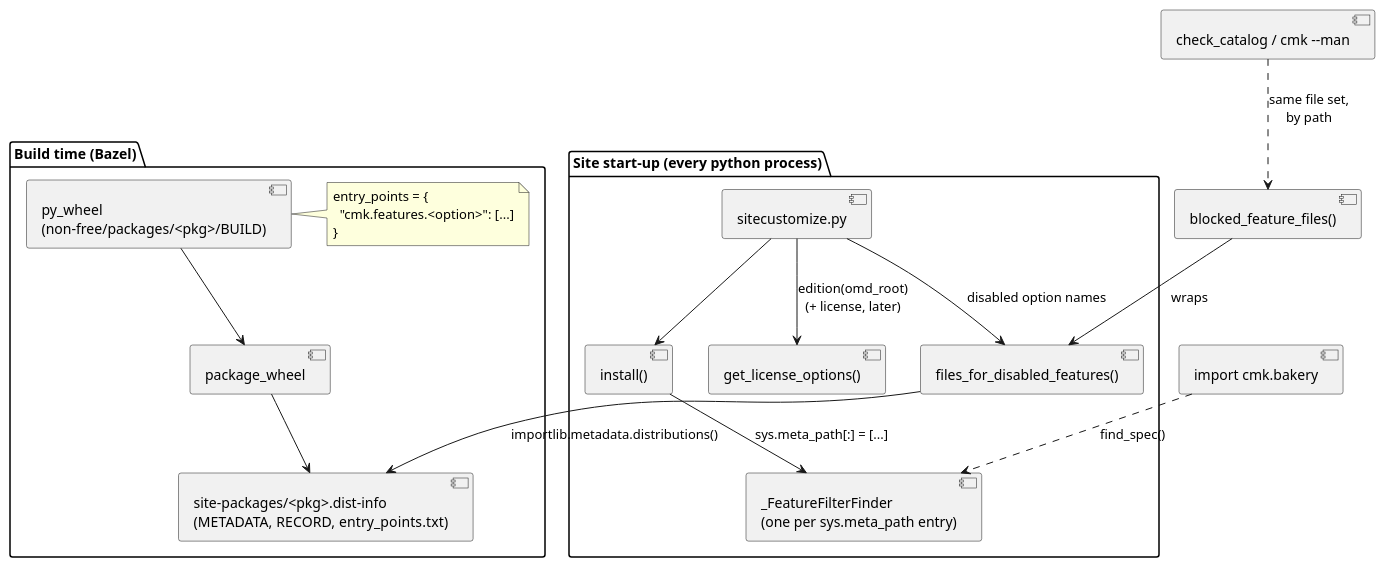
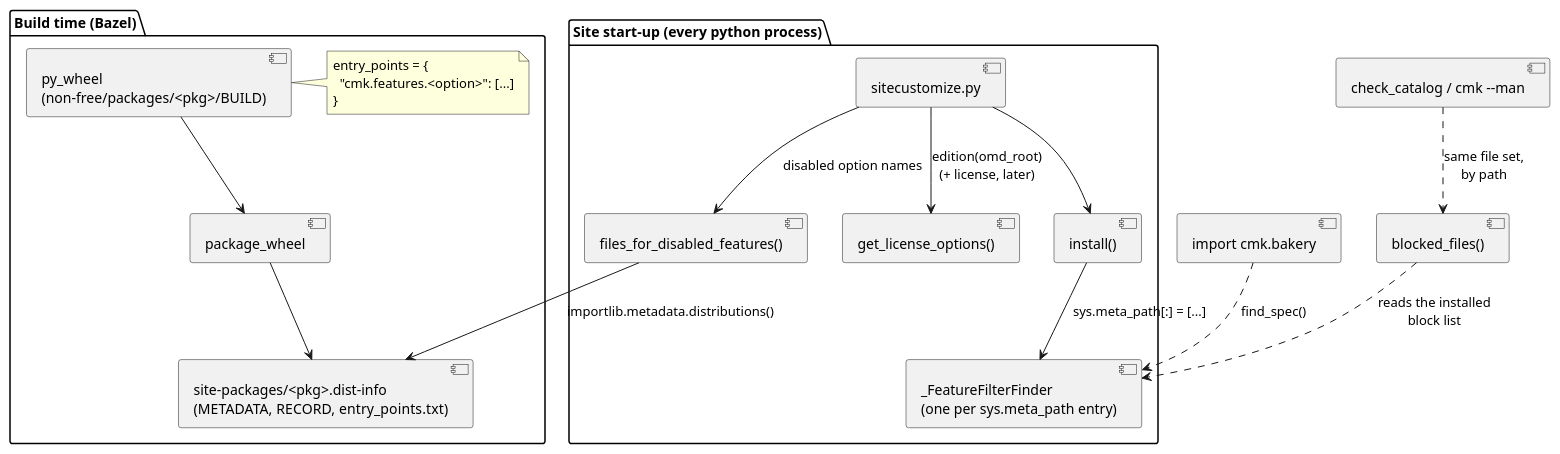
Before and after one commit to Checkmk/checkmk: the diagram in doc/documentation/arch-licensing-feature-filter.rst, drawn with PlantUML. The commit also changed other lines of this file and 4 other files, not shown here.

```diff
--- a/doc/documentation/arch-licensing-feature-filter.rst
+++ b/doc/documentation/arch-licensing-feature-filter.rst
@@ -45,34 +45,34 @@
 .. uml::
 
     package "Build time (Bazel)" {
         [py_wheel\n(non-free/packages/<pkg>/BUILD)] as wheel
         note right of wheel
           entry_points = {
             "cmk.features.<option>": [...]
           }
         end note
         [package_wheel] as pkgwheel
         [site-packages/<pkg>.dist-info\n(METADATA, RECORD, entry_points.txt)] as distinfo
         wheel --> pkgwheel
         pkgwheel --> distinfo
     }
 
     package "Site start-up (every python process)" {
         [sitecustomize.py] as sc
         [install()] as apply
         [get_license_options()] as opts
         [files_for_disabled_features()] as files
         [_FeatureFilterFinder\n(one per sys.meta_path entry)] as finder
         sc --> apply
         sc --> opts : edition(omd_root)\n(+ license, later)
         sc --> files : disabled option names
         files --> distinfo : importlib.metadata.distributions()
         apply --> finder : sys.meta_path[:] = [...]
     }
 
     [import cmk.bakery] as imp
     [check_catalog / cmk --man] as catalog
-    [blocked_feature_files()] as blocked
+    [blocked_files()] as blocked
     imp ..> finder : find_spec()
     catalog ..> blocked : same file set,\nby path
-    blocked --> files : wraps
+    blocked ..> finder : reads the installed\nblock list
```
